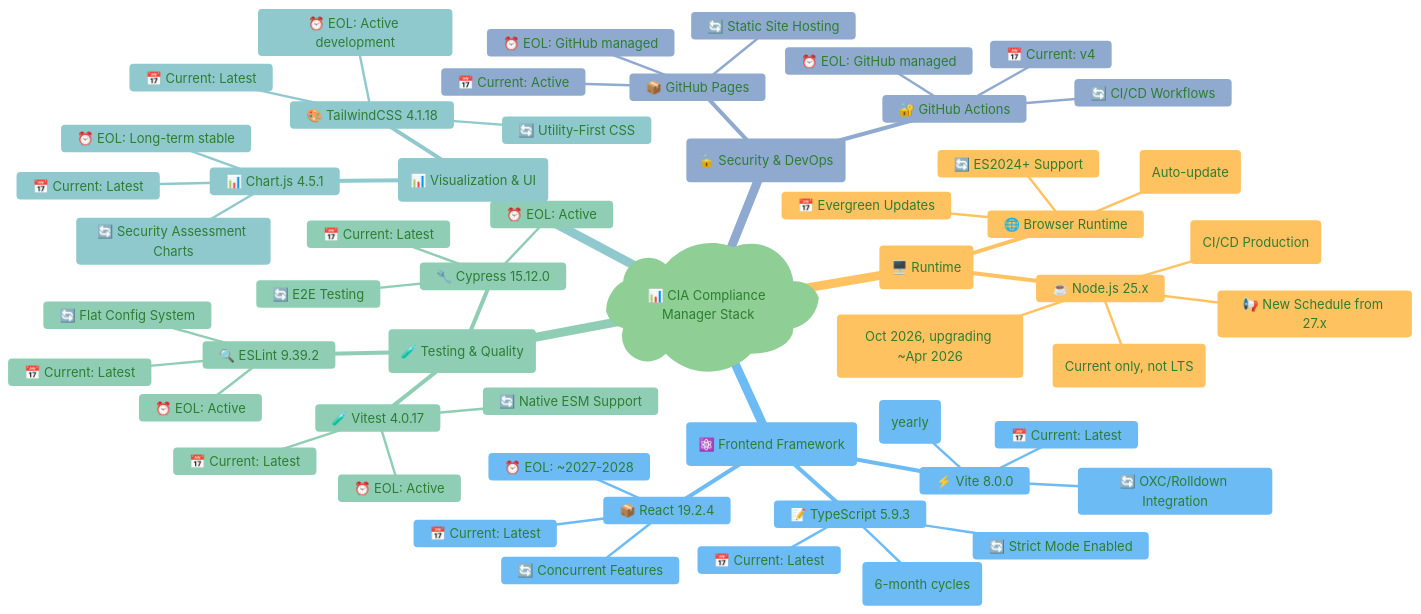
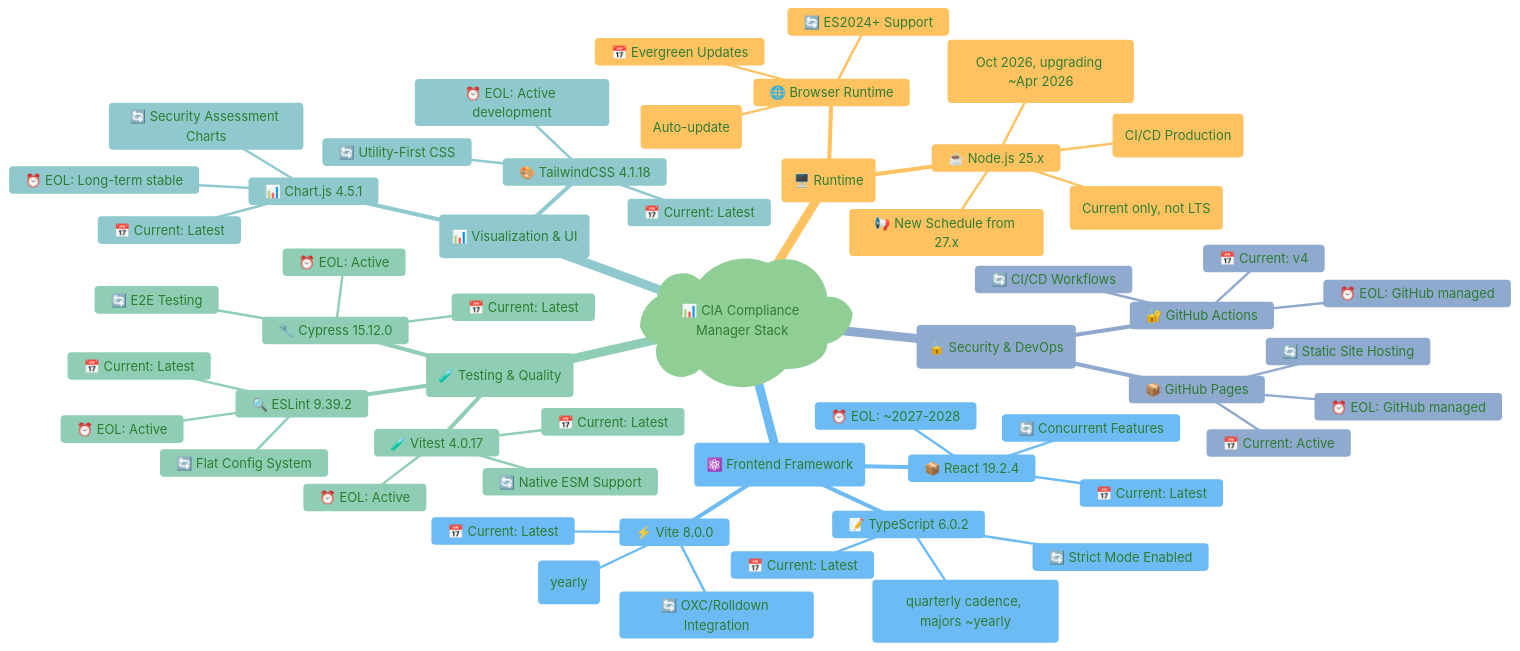
Before and after one commit to step-security-bot/cia-compliance-manager: the first of 9 diagrams in docs/End-of-Life-Strategy.md, drawn with Mermaid. The commit also changed other lines of this file and 22 other files, not shown here.

First line of the commit message:
chore: upgrade TypeScript 5.9.3 → 6.0.2, remove madge, apply TS6 breaking change fixes (#1068)

````diff
--- a/docs/End-of-Life-Strategy.md
+++ b/docs/End-of-Life-Strategy.md
@@ -51,70 +51,70 @@
 ```mermaid
 %%{
   init: {
     'theme': 'base',
     'themeVariables': {
       'primaryColor': '#e8f5e9',
       'primaryTextColor': '#2e7d32',
       'lineColor': '#4caf50',
       'secondaryColor': '#fff3e0',
       'tertiaryColor': '#e3f2fd'
     }
   }
 }%%
 mindmap
   root)📊 CIA Compliance Manager Stack(
     (🖥️ Runtime)
       ☕ Node.js 25.x
         📅 Current: 25.x (CI/CD Production)
         ⏰ Node 25 EOL: Apr 2026 (Current only, not LTS)
         🔄 Next LTS: Node 26 (Oct 2026, upgrading ~Apr 2026)
         📢 New Schedule from 27.x
       🌐 Browser Runtime
         📅 Evergreen Updates
         ⏰ EOL: N/A (Auto-update)
         🔄 ES2024+ Support
     (⚛️ Frontend Framework)
       📦 React 19.2.4
         📅 Current: Latest
         ⏰ EOL: ~2027-2028
         🔄 Concurrent Features
-      📝 TypeScript 5.9.3
+      📝 TypeScript 6.0.2
         📅 Current: Latest
-        ⏰ EOL: Active (6-month cycles)
+        ⏰ EOL: Active (quarterly cadence, majors ~yearly)
         🔄 Strict Mode Enabled
       ⚡ Vite 8.0.0
         📅 Current: Latest
         ⏰ EOL: Active (yearly)
         🔄 OXC/Rolldown Integration
     (🧪 Testing & Quality)
       🧪 Vitest 4.0.17
         📅 Current: Latest
         ⏰ EOL: Active
         🔄 Native ESM Support
       🔧 Cypress 15.12.0
         📅 Current: Latest
         ⏰ EOL: Active
         🔄 E2E Testing
       🔍 ESLint 9.39.2
         📅 Current: Latest
         ⏰ EOL: Active
         🔄 Flat Config System
     (📊 Visualization & UI)
       📊 Chart.js 4.5.1
         📅 Current: Latest
         ⏰ EOL: Long-term stable
         🔄 Security Assessment Charts
       🎨 TailwindCSS 4.1.18
         📅 Current: Latest
         ⏰ EOL: Active development
         🔄 Utility-First CSS
     (🔒 Security & DevOps)
       🔐 GitHub Actions
         📅 Current: v4
         ⏰ EOL: GitHub managed
         🔄 CI/CD Workflows
       📦 GitHub Pages
         📅 Current: Active
         ⏰ EOL: GitHub managed
         🔄 Static Site Hosting
 ```
````
